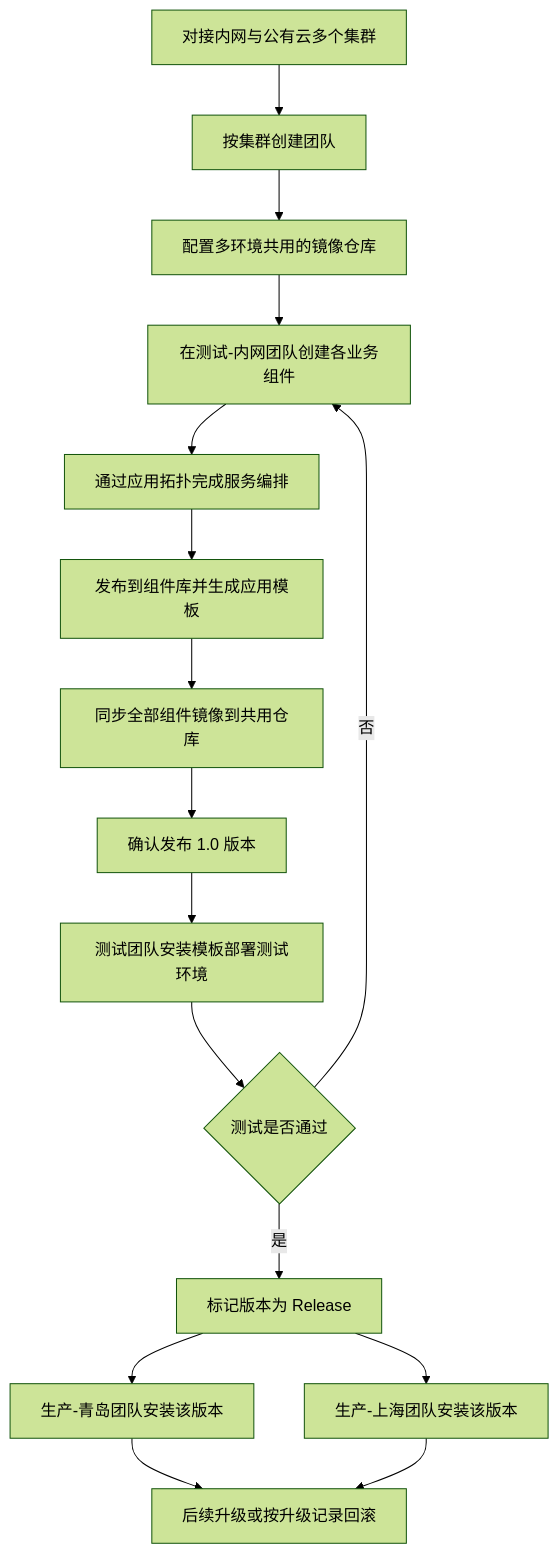
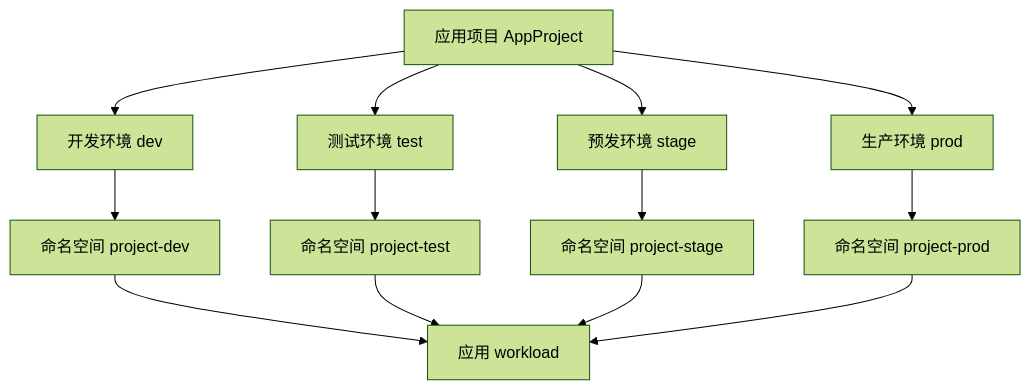
The first of 2 diagrams in site-docs/developer/best-practices/continuous-delivery/multi-env/index.md (kube-do/kdo), drawn with Mermaid (forest theme) before and after one commit. The commit also changed other lines of this file and 83 other files, not shown here.

````diff
--- a/site-docs/developer/best-practices/continuous-delivery/multi-env/index.md
+++ b/site-docs/developer/best-practices/continuous-delivery/multi-env/index.md
@@ -31,18 +23,15 @@
 ```mermaid
 flowchart TD
-    A[对接内网与公有云多个集群] --> B[按集群创建团队]
-    B --> C[配置多环境共用的镜像仓库]
-    C --> D[在测试-内网团队创建各业务组件]
-    D --> E[通过应用拓扑完成服务编排]
-    E --> F[发布到组件库并生成应用模板]
-    F --> G[同步全部组件镜像到共用仓库]
-    G --> H[确认发布 1.0 版本]
-    H --> I[测试团队安装模板部署测试环境]
-    I --> J{测试是否通过}
-    J -->|否| D
-    J -->|是| K[标记版本为 Release]
-    K --> L[生产-青岛团队安装该版本]
-    K --> M[生产-上海团队安装该版本]
-    L --> N[后续升级或按升级记录回滚]
-    M --> N
+    A[应用项目 AppProject] --> B[开发环境 dev]
+    A --> C[测试环境 test]
+    A --> D[预发环境 stage]
+    A --> E[生产环境 prod]
+    B --> B1[命名空间 project-dev]
+    C --> C1[命名空间 project-test]
+    D --> D1[命名空间 project-stage]
+    E --> E1[命名空间 project-prod]
+    B1 --> F[应用 workload]
+    C1 --> F
+    D1 --> F
+    E1 --> F
 ```
````
